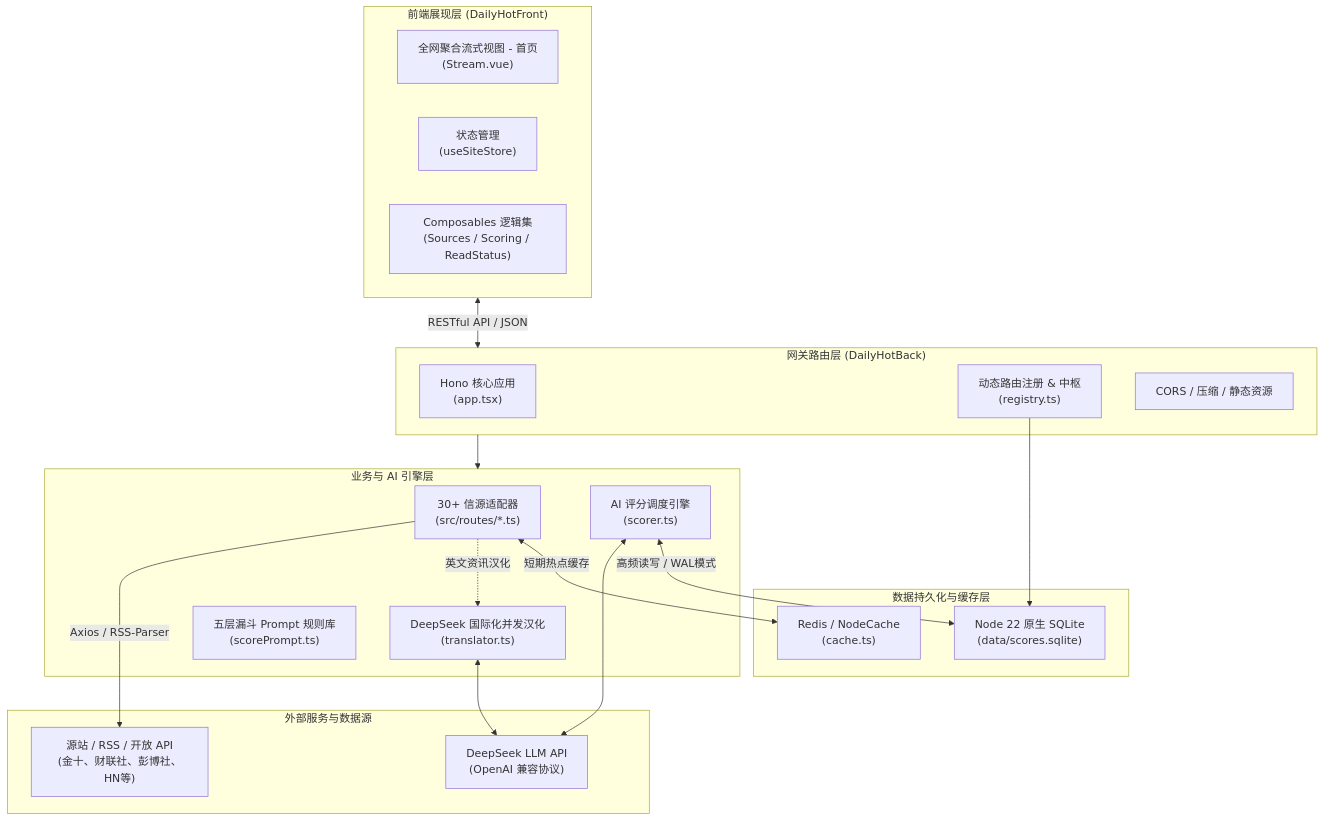
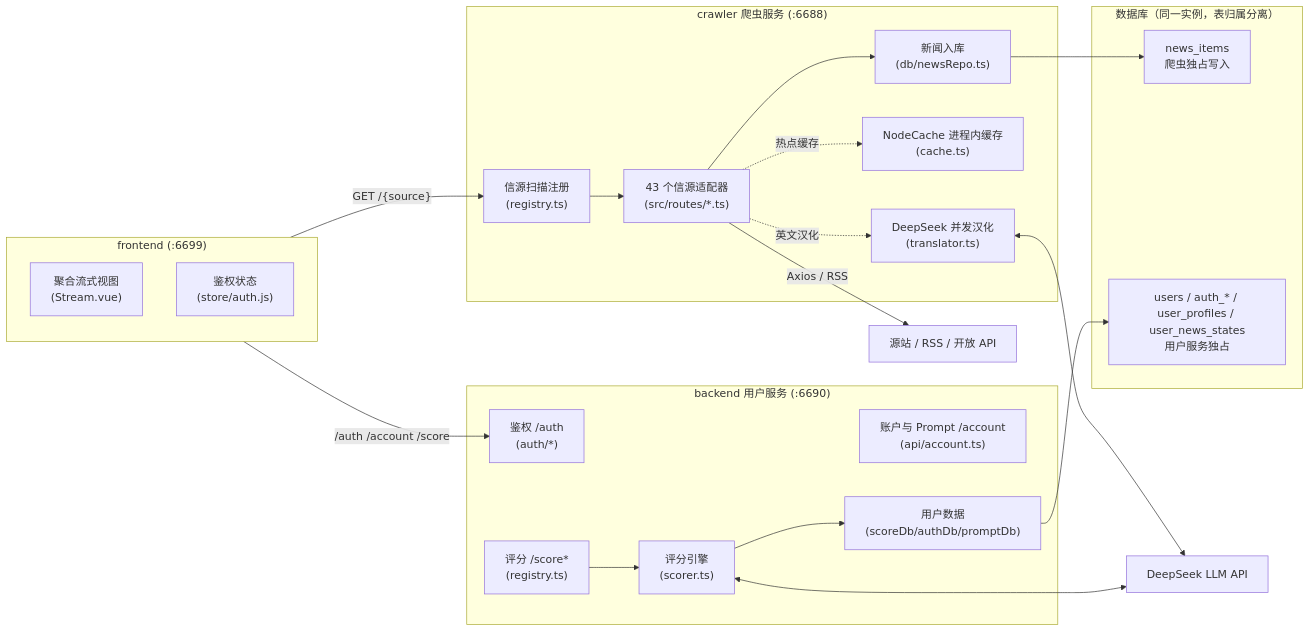
One commit to g39088902/dailyforyou changed the first of 2 diagrams in AGENTS.md. Above: the diagram before and after it, drawn with Mermaid. The commit also changed other lines of this file and 142 other files, not shown here.

````diff
--- a/AGENTS.md
+++ b/AGENTS.md
@@ -58,41 +59,45 @@
 ```mermaid
-flowchart TD
-    subgraph Client["前端展现层 (DailyHotFront)"]
-        StreamView["全网聚合流式视图 - 首页\n(Stream.vue)"]
-        PiniaStore["状态管理\n(useSiteStore)"]
-        StreamComposables["Composables 逻辑集\n(Sources / Scoring / ReadStatus)"]
+flowchart LR
+    subgraph Front["frontend (:6699)"]
+        StreamView["聚合流式视图\n(Stream.vue)"]
+        AuthStore["鉴权状态\n(store/auth.js)"]
     end
 
-    subgraph Gateway["网关路由层 (DailyHotBack)"]
-        HonoApp["Hono 核心应用\n(app.tsx)"]
-        Registry["动态路由注册 & 中枢\n(registry.ts)"]
-        CORS["CORS / 压缩 / 静态资源"]
+    subgraph Crawler["crawler 爬虫服务 (:6688)"]
+        CRegistry["信源扫描注册\n(registry.ts)"]
+        Adapters["43 个信源适配器\n(src/routes/*.ts)"]
+        Translator["DeepSeek 并发汉化\n(translator.ts)"]
+        Cache["NodeCache 进程内缓存\n(cache.ts)"]
+        NewsRepo["新闻入库\n(db/newsRepo.ts)"]
     end
 
-    subgraph Service["业务与 AI 引擎层"]
-        CrawlerLayer["30+ 信源适配器\n(src/routes/*.ts)"]
-        Translator["DeepSeek 国际化并发汉化\n(translator.ts)"]
-        Scorer["AI 评分调度引擎\n(scorer.ts)"]
-        PromptEngine["五层漏斗 Prompt 规则库\n(scorePrompt.ts)"]
+    subgraph UserSvc["backend 用户服务 (:6690)"]
+        AuthApp["鉴权 /auth\n(auth/*)"]
+        AccountApp["账户与 Prompt /account\n(api/account.ts)"]
+        ScoreApp["评分 /score*\n(registry.ts)"]
+        Scorer["评分引擎\n(scorer.ts)"]
+        UserRepo["用户数据\n(scoreDb/authDb/promptDb)"]
     end
 
-    subgraph Storage["数据持久化与缓存层"]
-        SQLiteDB["Node 22 原生 SQLite\n(data/scores.sqlite)"]
-        Cache["Redis / NodeCache\n(cache.ts)"]
+    subgraph Storage["数据库（同一实例，表归属分离）"]
+        NewsTable["news_items\n爬虫独占写入"]
+        UserTables["users / auth_* / user_profiles / user_news_states\n用户服务独占"]
     end
 
-    subgraph External["外部服务与数据源"]
-        TargetSites["源站 / RSS / 开放 API\n(金十、财联社、彭博社、HN等)"]
-        DeepSeekLLM["DeepSeek LLM API\n(OpenAI 兼容协议)"]
-    end
+    DeepSeekLLM["DeepSeek LLM API"]
+    TargetSites["源站 / RSS / 开放 API"]
 
-    Client <-->|RESTful API / JSON| Gateway
-    Gateway --> Service
-    CrawlerLayer -->|Axios / RSS-Parser| TargetSites
-    CrawlerLayer -.->|英文资讯汉化| Translator
+    Front -->|"GET /{source}"| CRegistry
+    Front -->|"/auth /account /score"| AuthApp
+    CRegistry --> Adapters
+    Adapters -->|Axios / RSS| TargetSites
+    Adapters -.->|英文汉化| Translator
     Translator <--> DeepSeekLLM
+    Adapters -.->|热点缓存| Cache
+    Adapters --> NewsRepo
+    NewsRepo --> NewsTable
+    ScoreApp --> Scorer
     Scorer <--> DeepSeekLLM
-    Scorer <-->|高频读写 / WAL模式| SQLiteDB
-    CrawlerLayer <-->|短期热点缓存| Cache
-    Registry --> SQLiteDB
+    Scorer --> UserRepo
+    UserRepo --> UserTables
 ```
````
